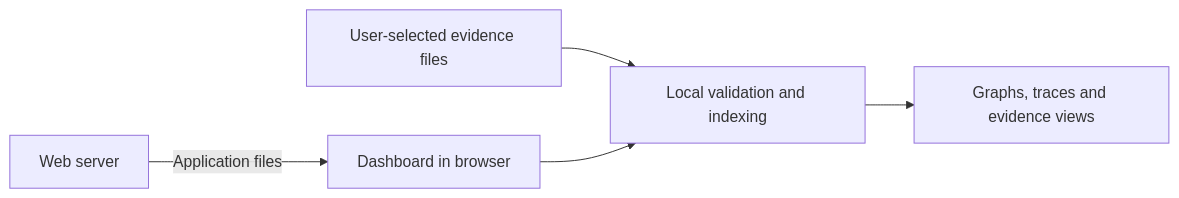
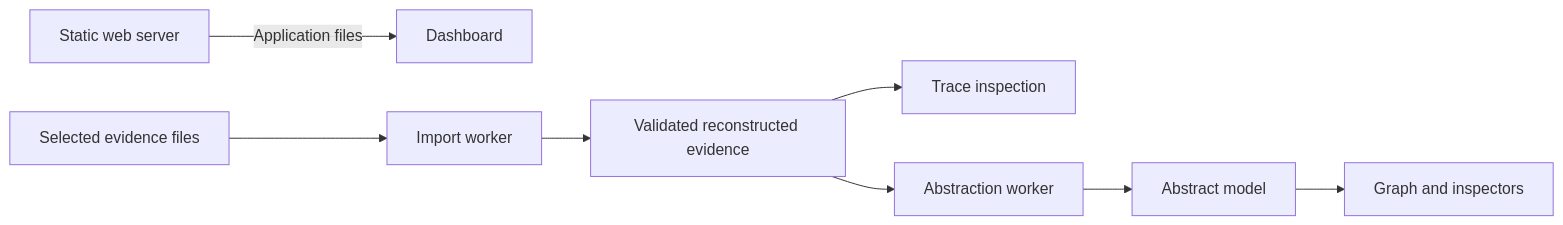
One commit to ferpasri/testar-state-model-dashboard changed the diagram in docs/architecture.md. Above: the diagram before and after it, drawn with Mermaid. The commit also changed other lines of this file and 13 other files, not shown here.

````diff
--- a/docs/architecture.md
+++ b/docs/architecture.md
@@ -7,7 +5,10 @@
 ```mermaid
 flowchart LR
-    Server[Web server] -->|Application files| Browser[Dashboard in browser]
-    Files[User-selected evidence files] --> Import[Local validation and indexing]
-    Browser --> Import
-    Import --> Views[Graphs, traces and evidence views]
+    Server[Static web server] -->|Application files| Browser[Dashboard]
+    Files[Selected evidence files] --> Import[Import worker]
+    Import --> Records[Validated reconstructed evidence]
+    Records --> Inspect[Trace inspection]
+    Records --> Abstract[Abstraction worker]
+    Abstract --> Model[Abstract model]
+    Model --> Render[Graph and inspectors]
 ```
````
